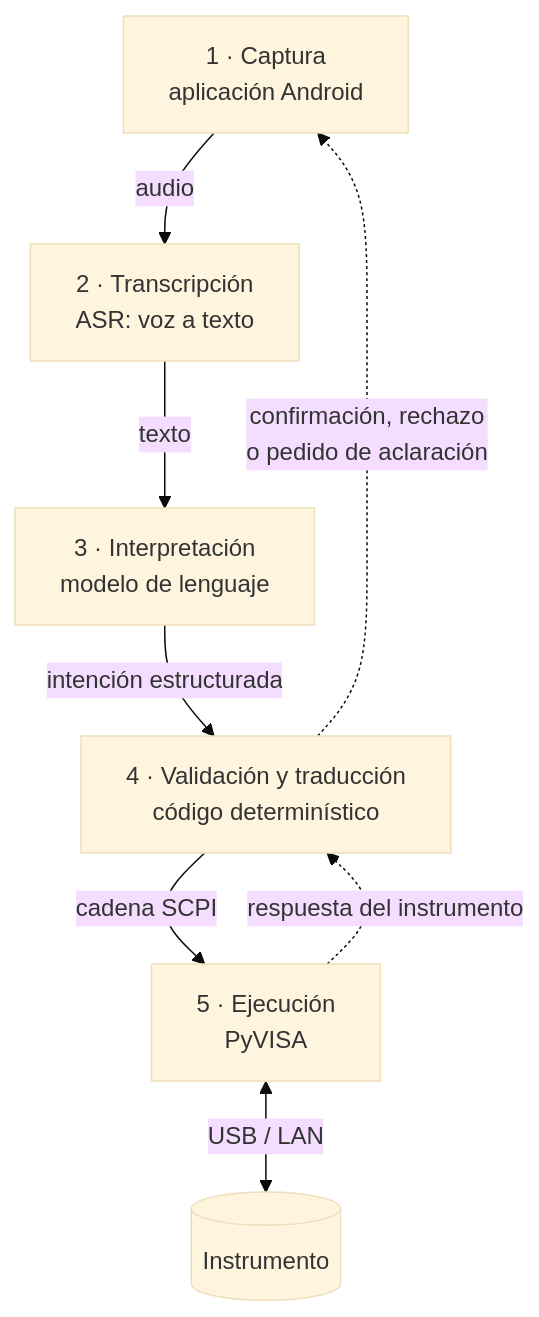
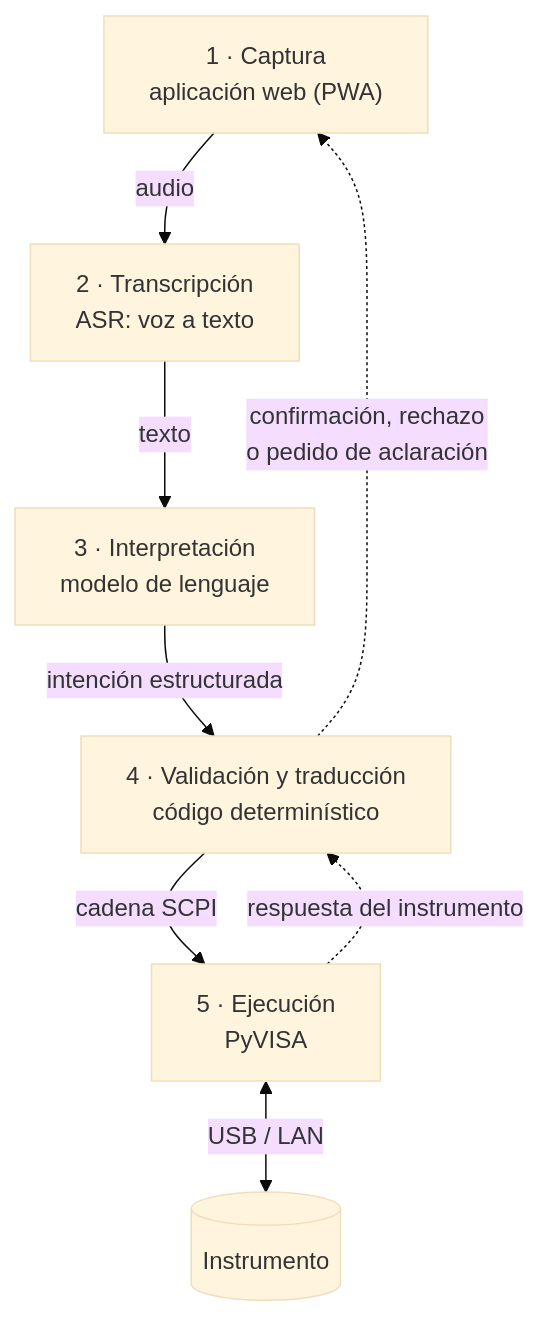
The diagram in docs/arquitectura.md (InDEA-UTN/instrumentacion-lenguaje-natural), drawn with Mermaid (base theme) before and after one commit. The commit also changed other lines of this file and 3 other files, not shown here.

First line of the commit message:
Definir la app de captura como aplicación web (PWA)

````diff
--- a/docs/arquitectura.md
+++ b/docs/arquitectura.md
@@ -12,10 +12,10 @@
 ```mermaid
 flowchart TD
-    A["1 · Captura<br/>aplicación Android"] -->|audio| B["2 · Transcripción<br/>ASR: voz a texto"]
+    A["1 · Captura<br/>aplicación web (PWA)"] -->|audio| B["2 · Transcripción<br/>ASR: voz a texto"]
     B -->|texto| C["3 · Interpretación<br/>modelo de lenguaje"]
     C -->|intención estructurada| D["4 · Validación y traducción<br/>código determinístico"]
     D -->|cadena SCPI| E["5 · Ejecución<br/>PyVISA"]
     E <-->|USB / LAN| F[("Instrumento")]
     D -.->|"confirmación, rechazo<br/>o pedido de aclaración"| A
     E -.->|respuesta del instrumento| D
 ```
````
